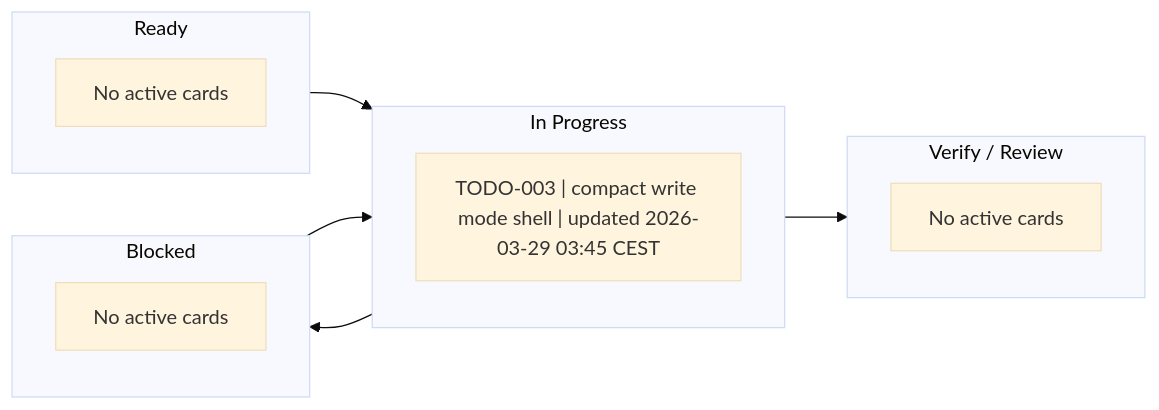
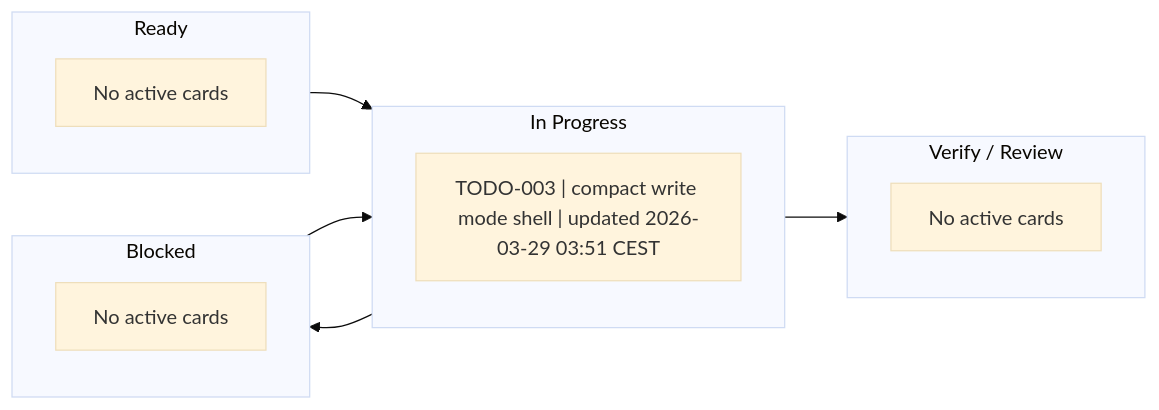
Before and after one commit to shomsy/step-by-step-animator: the diagram in .agents/management/ACTIVE.md, drawn with Mermaid (base theme). The commit also changed 3 other files, not shown here.

Commit message:
docs: add compact write mode visual reference

````diff
--- a/.agents/management/ACTIVE.md
+++ b/.agents/management/ACTIVE.md
@@ -20,23 +20,23 @@
 ```mermaid
 flowchart LR
     subgraph Ready["Ready"]
         R0["No active cards"]
     end
 
     subgraph InProgress["In Progress"]
-        P0["TODO-003 | compact write mode shell | updated 2026-03-29 03:45 CEST"]
+        P0["TODO-003 | compact write mode shell | updated 2026-03-29 03:51 CEST"]
     end
 
     subgraph Blocked["Blocked"]
         B0["No active cards"]
     end
 
     subgraph Verify["Verify / Review"]
         V0["No active cards"]
     end
 
     Ready --> InProgress
     InProgress --> Verify
     InProgress --> Blocked
     Blocked --> InProgress
 ```
````
